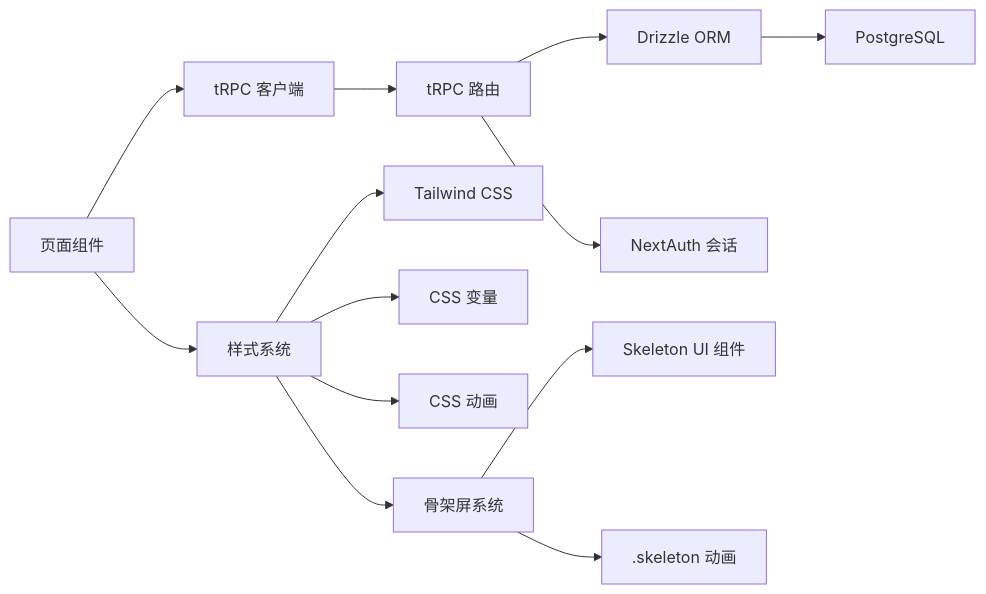
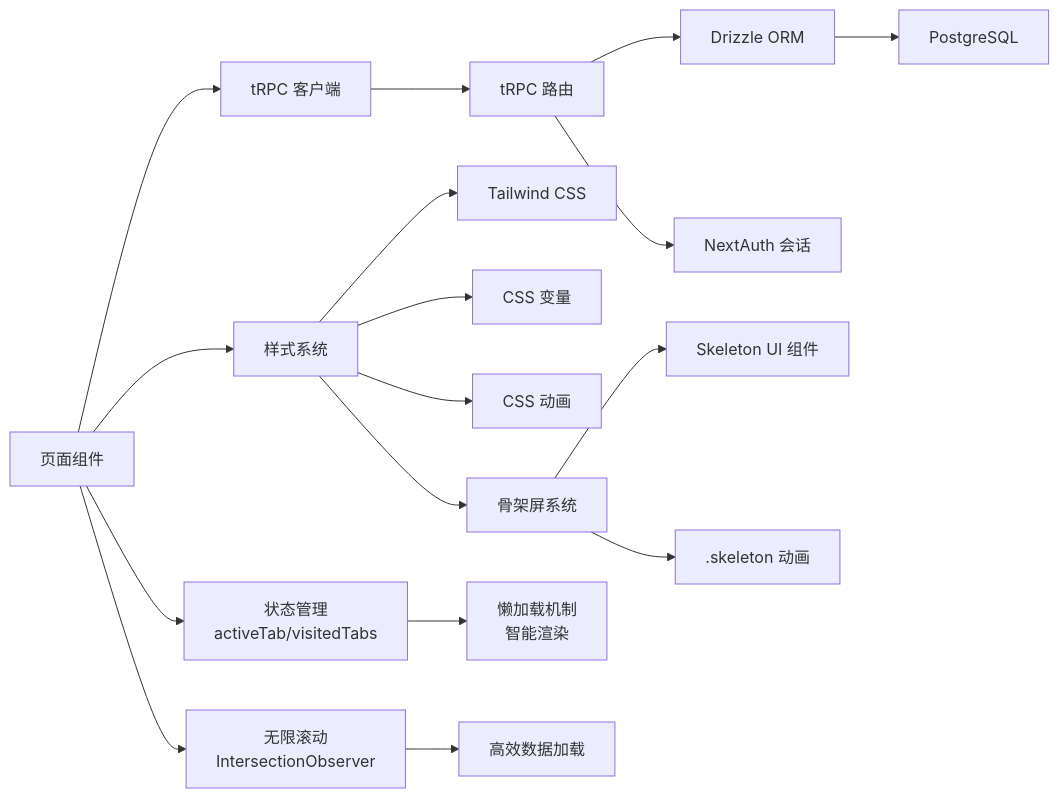
One commit to RadiumAg/image-saas changed diagram 12 of 12 in .qoder/repowiki/zh/content/核心功能模块/应用管理系统.md. Above: the diagram before and after it, drawn with Mermaid. The commit also changed other lines of this file and 3 other files, not shown here.

````diff
--- a/.qoder/repowiki/zh/content/核心功能模块/应用管理系统.md
+++ b/.qoder/repowiki/zh/content/核心功能模块/应用管理系统.md
@@ -478,15 +571,19 @@
 ```mermaid
 graph LR
 UI["页面组件"] --> TClient["tRPC 客户端"]
 TClient --> TRPC["tRPC 路由"]
 TRPC --> DB["Drizzle ORM"]
 DB --> PG["PostgreSQL"]
 TRPC --> Auth["NextAuth 会话"]
 UI --> Styles["样式系统"]
 Styles --> Tailwind["Tailwind CSS"]
 Styles --> CSSVars["CSS 变量"]
 Styles --> Animations["CSS 动画"]
 Styles --> SkeletonSystem["骨架屏系统"]
 SkeletonSystem --> SkeletonUI["Skeleton UI 组件"]
 SkeletonSystem --> GlobalCSS[".skeleton 动画"]
+UI --> StateManagement["状态管理<br/>activeTab/visitedTabs"]
+StateManagement --> LazyLoading["懒加载机制<br/>智能渲染"]
+UI --> InfiniteScroll["无限滚动<br/>IntersectionObserver"]
+InfiniteScroll --> DataLoading["高效数据加载"]
 ```
````
